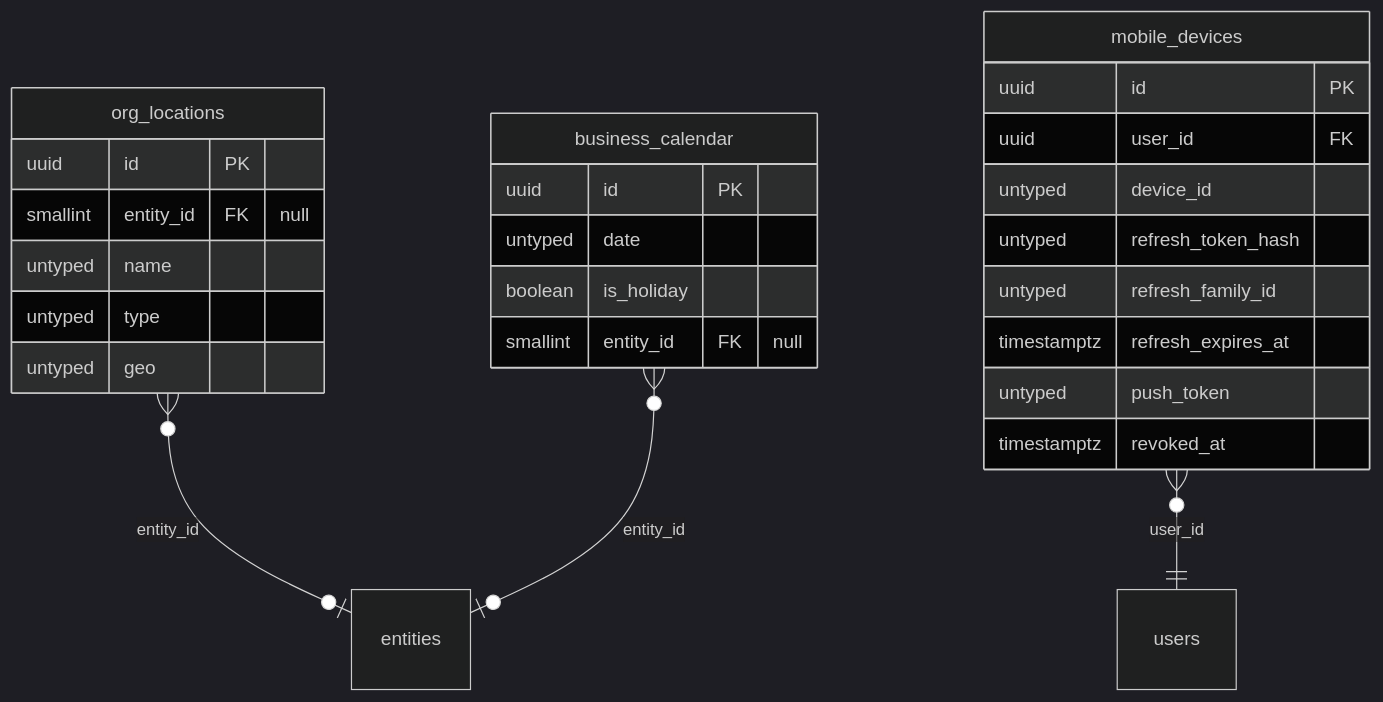
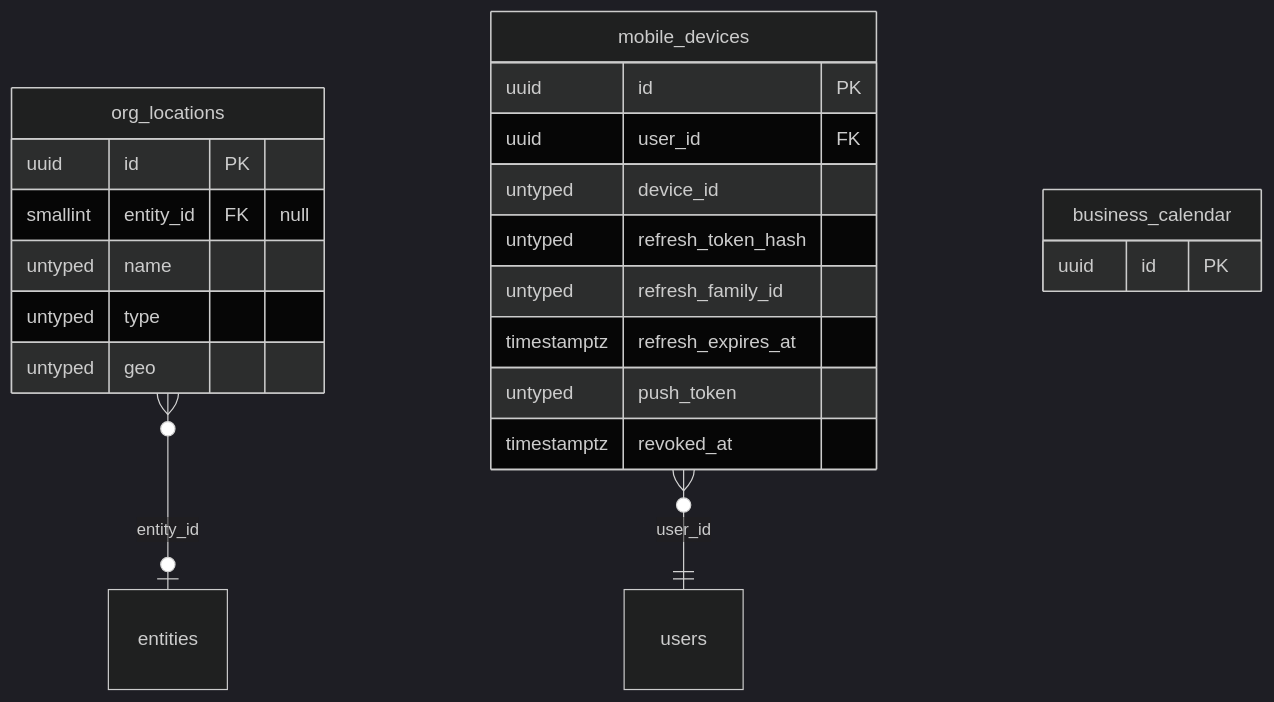
Diagram 11 of 17 in docs/data/erd.md (techaust/shakti_prime), drawn with Mermaid (dark theme) before and after one commit. The commit also changed other lines of this file and 9 other files, not shown here.

````diff
--- a/docs/data/erd.md
+++ b/docs/data/erd.md
@@ -1740,29 +1837,25 @@
 ```mermaid
 erDiagram
   org_locations {
     uuid id PK
     smallint entity_id FK "null"
     untyped name
     untyped type
     untyped geo
   }
   mobile_devices {
     uuid id PK
     uuid user_id FK
     untyped device_id
     untyped refresh_token_hash
     untyped refresh_family_id
     timestamptz refresh_expires_at
     untyped push_token
     timestamptz revoked_at
   }
   business_calendar {
     uuid id PK
-    untyped date
-    boolean is_holiday
-    smallint entity_id FK "null"
   }
   org_locations }o--o| entities : "entity_id"
   mobile_devices }o--|| users : "user_id"
-  business_calendar }o--o| entities : "entity_id"
 ```
````
